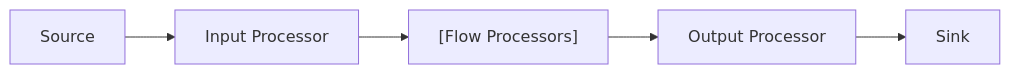
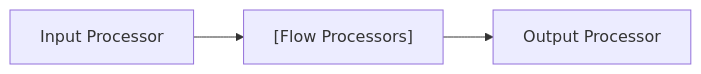
Before and after one commit to layline-io/layline-doc: the first of 2 diagrams in docs/assets/workflow-assets/workflows/index.mdx, drawn with Mermaid. The commit also changed other lines of this file and 6 other files, not shown here.

````diff
--- a/docs/assets/workflow-assets/workflows/index.mdx
+++ b/docs/assets/workflow-assets/workflows/index.mdx
@@ -20,7 +20,5 @@
 ```mermaid
 graph LR
-    A["Source"] --> B["Input Processor"]
-    B --> C["[Flow Processors]"]
-    C --> D["Output Processor"]
-    D --> E["Sink"]
+    A["Input Processor"] --> B["[Flow Processors]"]
+    B --> C["Output Processor"]
 ```
````
